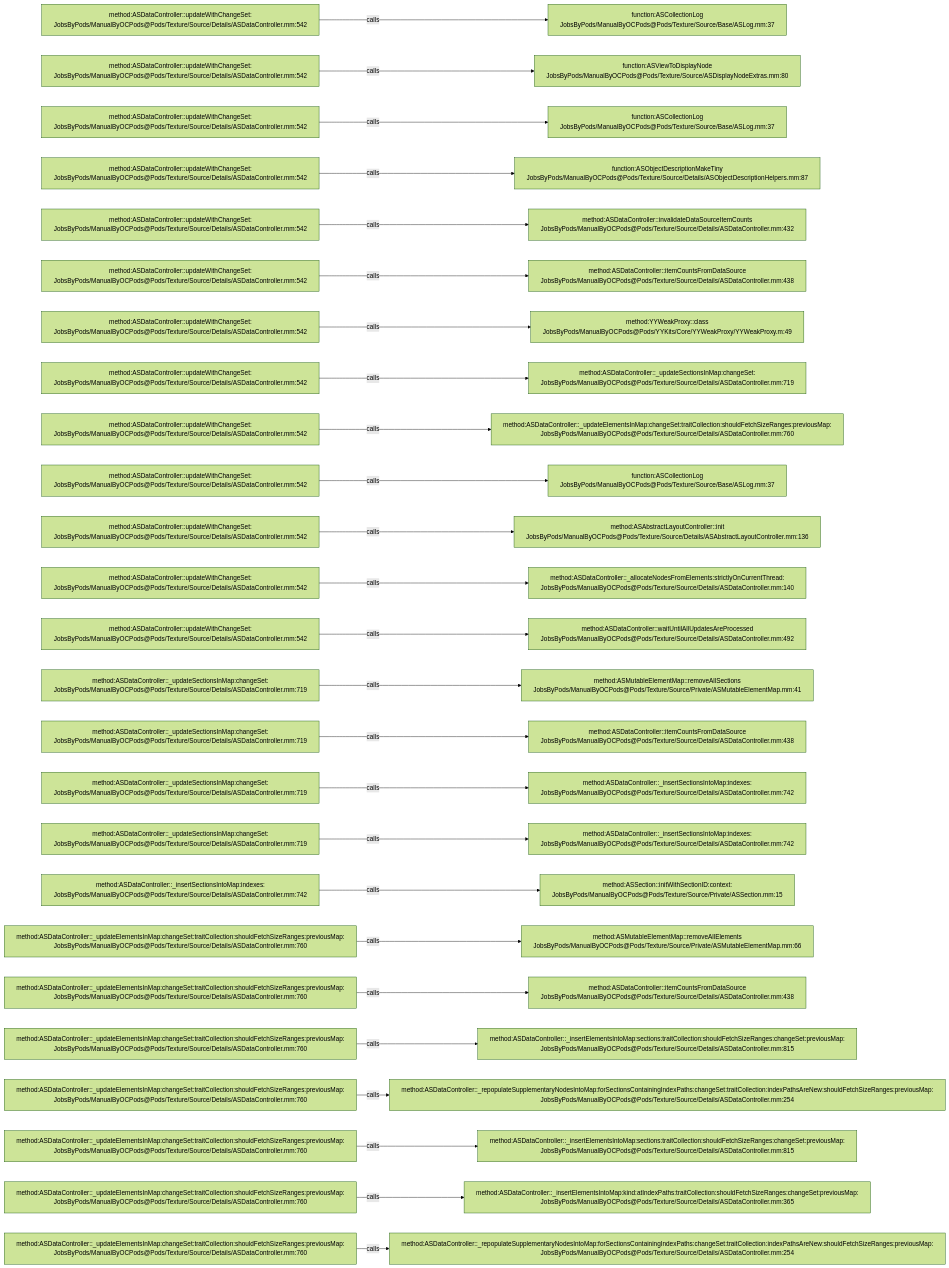
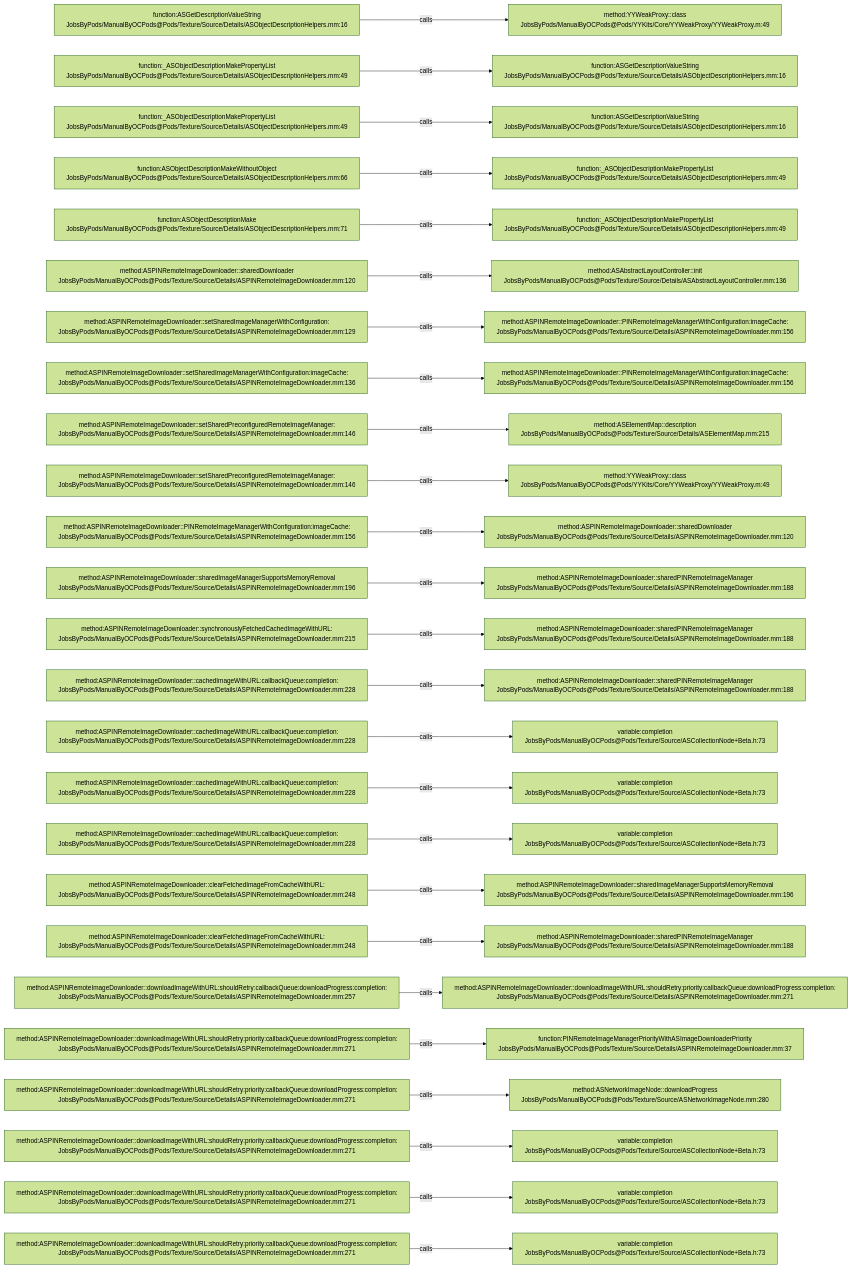
One commit to JobsKits/JobsOCBaseConfigDemo changed the diagram in .codegraph/codegraph.md/graphs/calls-153.md. Above: the diagram before and after it, drawn with Mermaid (forest theme). The commit also changed 1448 other files, not shown here.

````diff
--- a/.codegraph/codegraph.md/graphs/calls-153.md
+++ b/.codegraph/codegraph.md/graphs/calls-153.md
@@ -13,78 +13,78 @@
 ```mermaid
 flowchart LR
-  S1["method:ASDataController::updateWithChangeSet:<br/>JobsByPods/ManualByOCPods@Pods/Texture/Source/Details/ASDataController.mm:542"]
-  T1["function:ASCollectionLog<br/>JobsByPods/ManualByOCPods@Pods/Texture/Source/Base/ASLog.mm:37"]
+  S1["function:ASGetDescriptionValueString<br/>JobsByPods/ManualByOCPods@Pods/Texture/Source/Details/ASObjectDescriptionHelpers.mm:16"]
+  T1["method:YYWeakProxy::class<br/>JobsByPods/ManualByOCPods@Pods/YYKits/Core/YYWeakProxy/YYWeakProxy.m:49"]
   S1 -->|calls| T1
-  S2["method:ASDataController::updateWithChangeSet:<br/>JobsByPods/ManualByOCPods@Pods/Texture/Source/Details/ASDataController.mm:542"]
-  T2["function:ASViewToDisplayNode<br/>JobsByPods/ManualByOCPods@Pods/Texture/Source/ASDisplayNodeExtras.mm:80"]
+  S2["function:_ASObjectDescriptionMakePropertyList<br/>JobsByPods/ManualByOCPods@Pods/Texture/Source/Details/ASObjectDescriptionHelpers.mm:49"]
+  T2["function:ASGetDescriptionValueString<br/>JobsByPods/ManualByOCPods@Pods/Texture/Source/Details/ASObjectDescriptionHelpers.mm:16"]
   S2 -->|calls| T2
-  S3["method:ASDataController::updateWithChangeSet:<br/>JobsByPods/ManualByOCPods@Pods/Texture/Source/Details/ASDataController.mm:542"]
-  T3["function:ASCollectionLog<br/>JobsByPods/ManualByOCPods@Pods/Texture/Source/Base/ASLog.mm:37"]
+  S3["function:_ASObjectDescriptionMakePropertyList<br/>JobsByPods/ManualByOCPods@Pods/Texture/Source/Details/ASObjectDescriptionHelpers.mm:49"]
+  T3["function:ASGetDescriptionValueString<br/>JobsByPods/ManualByOCPods@Pods/Texture/Source/Details/ASObjectDescriptionHelpers.mm:16"]
   S3 -->|calls| T3
-  S4["method:ASDataController::updateWithChangeSet:<br/>JobsByPods/ManualByOCPods@Pods/Texture/Source/Details/ASDataController.mm:542"]
-  T4["function:ASObjectDescriptionMakeTiny<br/>JobsByPods/ManualByOCPods@Pods/Texture/Source/Details/ASObjectDescriptionHelpers.mm:87"]
+  S4["function:ASObjectDescriptionMakeWithoutObject<br/>JobsByPods/ManualByOCPods@Pods/Texture/Source/Details/ASObjectDescriptionHelpers.mm:66"]
+  T4["function:_ASObjectDescriptionMakePropertyList<br/>JobsByPods/ManualByOCPods@Pods/Texture/Source/Details/ASObjectDescriptionHelpers.mm:49"]
   S4 -->|calls| T4
-  S5["method:ASDataController::updateWithChangeSet:<br/>JobsByPods/ManualByOCPods@Pods/Texture/Source/Details/ASDataController.mm:542"]
-  T5["method:ASDataController::invalidateDataSourceItemCounts<br/>JobsByPods/ManualByOCPods@Pods/Texture/Source/Details/ASDataController.mm:432"]
+  S5["function:ASObjectDescriptionMake<br/>JobsByPods/ManualByOCPods@Pods/Texture/Source/Details/ASObjectDescriptionHelpers.mm:71"]
+  T5["function:_ASObjectDescriptionMakePropertyList<br/>JobsByPods/ManualByOCPods@Pods/Texture/Source/Details/ASObjectDescriptionHelpers.mm:49"]
   S5 -->|calls| T5
-  S6["method:ASDataController::updateWithChangeSet:<br/>JobsByPods/ManualByOCPods@Pods/Texture/Source/Details/ASDataController.mm:542"]
-  T6["method:ASDataController::itemCountsFromDataSource<br/>JobsByPods/ManualByOCPods@Pods/Texture/Source/Details/ASDataController.mm:438"]
+  S6["method:ASPINRemoteImageDownloader::sharedDownloader<br/>JobsByPods/ManualByOCPods@Pods/Texture/Source/Details/ASPINRemoteImageDownloader.mm:120"]
+  T6["method:ASAbstractLayoutController::init<br/>JobsByPods/ManualByOCPods@Pods/Texture/Source/Details/ASAbstractLayoutController.mm:136"]
   S6 -->|calls| T6
-  S7["method:ASDataController::updateWithChangeSet:<br/>JobsByPods/ManualByOCPods@Pods/Texture/Source/Details/ASDataController.mm:542"]
-  T7["method:YYWeakProxy::class<br/>JobsByPods/ManualByOCPods@Pods/YYKits/Core/YYWeakProxy/YYWeakProxy.m:49"]
+  S7["method:ASPINRemoteImageDownloader::setSharedImageManagerWithConfiguration:<br/>JobsByPods/ManualByOCPods@Pods/Texture/Source/Details/ASPINRemoteImageDownloader.mm:129"]
+  T7["method:ASPINRemoteImageDownloader::PINRemoteImageManagerWithConfiguration:imageCache:<br/>JobsByPods/ManualByOCPods@Pods/Texture/Source/Details/ASPINRemoteImageDownloader.mm:156"]
   S7 -->|calls| T7
-  S8["method:ASDataController::updateWithChangeSet:<br/>JobsByPods/ManualByOCPods@Pods/Texture/Source/Details/ASDataController.mm:542"]
-  T8["method:ASDataController::_updateSectionsInMap:changeSet:<br/>JobsByPods/ManualByOCPods@Pods/Texture/Source/Details/ASDataController.mm:719"]
+  S8["method:ASPINRemoteImageDownloader::setSharedImageManagerWithConfiguration:imageCache:<br/>JobsByPods/ManualByOCPods@Pods/Texture/Source/Details/ASPINRemoteImageDownloader.mm:136"]
+  T8["method:ASPINRemoteImageDownloader::PINRemoteImageManagerWithConfiguration:imageCache:<br/>JobsByPods/ManualByOCPods@Pods/Texture/Source/Details/ASPINRemoteImageDownloader.mm:156"]
   S8 -->|calls| T8
-  S9["method:ASDataController::updateWithChangeSet:<br/>JobsByPods/ManualByOCPods@Pods/Texture/Source/Details/ASDataController.mm:542"]
-  T9["method:ASDataController::_updateElementsInMap:changeSet:traitCollection:shouldFetchSizeRanges:previousMap:<br/>JobsByPods/ManualByOCPods@Pods/Texture/Source/Details/ASDataController.mm:760"]
+  S9["method:ASPINRemoteImageDownloader::setSharedPreconfiguredRemoteImageManager:<br/>JobsByPods/ManualByOCPods@Pods/Texture/Source/Details/ASPINRemoteImageDownloader.mm:146"]
+  T9["method:ASElementMap::description<br/>JobsByPods/ManualByOCPods@Pods/Texture/Source/Details/ASElementMap.mm:215"]
   S9 -->|calls| T9
-  S10["method:ASDataController::updateWithChangeSet:<br/>JobsByPods/ManualByOCPods@Pods/Texture/Source/Details/ASDataController.mm:542"]
-  T10["function:ASCollectionLog<br/>JobsByPods/ManualByOCPods@Pods/Texture/Source/Base/ASLog.mm:37"]
+  S10["method:ASPINRemoteImageDownloader::setSharedPreconfiguredRemoteImageManager:<br/>JobsByPods/ManualByOCPods@Pods/Texture/Source/Details/ASPINRemoteImageDownloader.mm:146"]
+  T10["method:YYWeakProxy::class<br/>JobsByPods/ManualByOCPods@Pods/YYKits/Core/YYWeakProxy/YYWeakProxy.m:49"]
   S10 -->|calls| T10
-  S11["method:ASDataController::updateWithChangeSet:<br/>JobsByPods/ManualByOCPods@Pods/Texture/Source/Details/ASDataController.mm:542"]
-  T11["method:ASAbstractLayoutController::init<br/>JobsByPods/ManualByOCPods@Pods/Texture/Source/Details/ASAbstractLayoutController.mm:136"]
+  S11["method:ASPINRemoteImageDownloader::PINRemoteImageManagerWithConfiguration:imageCache:<br/>JobsByPods/ManualByOCPods@Pods/Texture/Source/Details/ASPINRemoteImageDownloader.mm:156"]
+  T11["method:ASPINRemoteImageDownloader::sharedDownloader<br/>JobsByPods/ManualByOCPods@Pods/Texture/Source/Details/ASPINRemoteImageDownloader.mm:120"]
   S11 -->|calls| T11
-  S12["method:ASDataController::updateWithChangeSet:<br/>JobsByPods/ManualByOCPods@Pods/Texture/Source/Details/ASDataController.mm:542"]
-  T12["method:ASDataController::_allocateNodesFromElements:strictlyOnCurrentThread:<br/>JobsByPods/ManualByOCPods@Pods/Texture/Source/Details/ASDataController.mm:140"]
+  S12["method:ASPINRemoteImageDownloader::sharedImageManagerSupportsMemoryRemoval<br/>JobsByPods/ManualByOCPods@Pods/Texture/Source/Details/ASPINRemoteImageDownloader.mm:196"]
+  T12["method:ASPINRemoteImageDownloader::sharedPINRemoteImageManager<br/>JobsByPods/ManualByOCPods@Pods/Texture/Source/Details/ASPINRemoteImageDownloader.mm:188"]
   S12 -->|calls| T12
-  S13["method:ASDataController::updateWithChangeSet:<br/>JobsByPods/ManualByOCPods@Pods/Texture/Source/Details/ASDataController.mm:542"]
-  T13["method:ASDataController::waitUntilAllUpdatesAreProcessed<br/>JobsByPods/ManualByOCPods@Pods/Texture/Source/Details/ASDataController.mm:492"]
+  S13["method:ASPINRemoteImageDownloader::synchronouslyFetchedCachedImageWithURL:<br/>JobsByPods/ManualByOCPods@Pods/Texture/Source/Details/ASPINRemoteImageDownloader.mm:215"]
+  T13["method:ASPINRemoteImageDownloader::sharedPINRemoteImageManager<br/>JobsByPods/ManualByOCPods@Pods/Texture/Source/Details/ASPINRemoteImageDownloader.mm:188"]
   S13 -->|calls| T13
-  S14["method:ASDataController::_updateSectionsInMap:changeSet:<br/>JobsByPods/ManualByOCPods@Pods/Texture/Source/Details/ASDataController.mm:719"]
-  T14["method:ASMutableElementMap::removeAllSections<br/>JobsByPods/ManualByOCPods@Pods/Texture/Source/Private/ASMutableElementMap.mm:41"]
+  S14["method:ASPINRemoteImageDownloader::cachedImageWithURL:callbackQueue:completion:<br/>JobsByPods/ManualByOCPods@Pods/Texture/Source/Details/ASPINRemoteImageDownloader.mm:228"]
+  T14["method:ASPINRemoteImageDownloader::sharedPINRemoteImageManager<br/>JobsByPods/ManualByOCPods@Pods/Texture/Source/Details/ASPINRemoteImageDownloader.mm:188"]
   S14 -->|calls| T14
-  S15["method:ASDataController::_updateSectionsInMap:changeSet:<br/>JobsByPods/ManualByOCPods@Pods/Texture/Source/Details/ASDataController.mm:719"]
-  T15["method:ASDataController::itemCountsFromDataSource<br/>JobsByPods/ManualByOCPods@Pods/Texture/Source/Details/ASDataController.mm:438"]
+  S15["method:ASPINRemoteImageDownloader::cachedImageWithURL:callbackQueue:completion:<br/>JobsByPods/ManualByOCPods@Pods/Texture/Source/Details/ASPINRemoteImageDownloader.mm:228"]
+  T15["variable:completion<br/>JobsByPods/ManualByOCPods@Pods/Texture/Source/ASCollectionNode+Beta.h:73"]
   S15 -->|calls| T15
-  S16["method:ASDataController::_updateSectionsInMap:changeSet:<br/>JobsByPods/ManualByOCPods@Pods/Texture/Source/Details/ASDataController.mm:719"]
-  T16["method:ASDataController::_insertSectionsIntoMap:indexes:<br/>JobsByPods/ManualByOCPods@Pods/Texture/Source/Details/ASDataController.mm:742"]
+  S16["method:ASPINRemoteImageDownloader::cachedImageWithURL:callbackQueue:completion:<br/>JobsByPods/ManualByOCPods@Pods/Texture/Source/Details/ASPINRemoteImageDownloader.mm:228"]
+  T16["variable:completion<br/>JobsByPods/ManualByOCPods@Pods/Texture/Source/ASCollectionNode+Beta.h:73"]
   S16 -->|calls| T16
-  S17["method:ASDataController::_updateSectionsInMap:changeSet:<br/>JobsByPods/ManualByOCPods@Pods/Texture/Source/Details/ASDataController.mm:719"]
-  T17["method:ASDataController::_insertSectionsIntoMap:indexes:<br/>JobsByPods/ManualByOCPods@Pods/Texture/Source/Details/ASDataController.mm:742"]
+  S17["method:ASPINRemoteImageDownloader::cachedImageWithURL:callbackQueue:completion:<br/>JobsByPods/ManualByOCPods@Pods/Texture/Source/Details/ASPINRemoteImageDownloader.mm:228"]
+  T17["variable:completion<br/>JobsByPods/ManualByOCPods@Pods/Texture/Source/ASCollectionNode+Beta.h:73"]
   S17 -->|calls| T17
-  S18["method:ASDataController::_insertSectionsIntoMap:indexes:<br/>JobsByPods/ManualByOCPods@Pods/Texture/Source/Details/ASDataController.mm:742"]
-  T18["method:ASSection::initWithSectionID:context:<br/>JobsByPods/ManualByOCPods@Pods/Texture/Source/Private/ASSection.mm:15"]
+  S18["method:ASPINRemoteImageDownloader::clearFetchedImageFromCacheWithURL:<br/>JobsByPods/ManualByOCPods@Pods/Texture/Source/Details/ASPINRemoteImageDownloader.mm:248"]
+  T18["method:ASPINRemoteImageDownloader::sharedImageManagerSupportsMemoryRemoval<br/>JobsByPods/ManualByOCPods@Pods/Texture/Source/Details/ASPINRemoteImageDownloader.mm:196"]
   S18 -->|calls| T18
-  S19["method:ASDataController::_updateElementsInMap:changeSet:traitCollection:shouldFetchSizeRanges:previousMap:<br/>JobsByPods/ManualByOCPods@Pods/Texture/Source/Details/ASDataController.mm:760"]
-  T19["method:ASMutableElementMap::removeAllElements<br/>JobsByPods/ManualByOCPods@Pods/Texture/Source/Private/ASMutableElementMap.mm:66"]
+  S19["method:ASPINRemoteImageDownloader::clearFetchedImageFromCacheWithURL:<br/>JobsByPods/ManualByOCPods@Pods/Texture/Source/Details/ASPINRemoteImageDownloader.mm:248"]
+  T19["method:ASPINRemoteImageDownloader::sharedPINRemoteImageManager<br/>JobsByPods/ManualByOCPods@Pods/Texture/Source/Details/ASPINRemoteImageDownloader.mm:188"]
   S19 -->|calls| T19
-  S20["method:ASDataController::_updateElementsInMap:changeSet:traitCollection:shouldFetchSizeRanges:previousMap:<br/>JobsByPods/ManualByOCPods@Pods/Texture/Source/Details/ASDataController.mm:760"]
-  T20["method:ASDataController::itemCountsFromDataSource<br/>JobsByPods/ManualByOCPods@Pods/Texture/Source/Details/ASDataController.mm:438"]
+  S20["method:ASPINRemoteImageDownloader::downloadImageWithURL:shouldRetry:callbackQueue:downloadProgress:completion:<br/>JobsByPods/ManualByOCPods@Pods/Texture/Source/Details/ASPINRemoteImageDownloader.mm:257"]
+  T20["method:ASPINRemoteImageDownloader::downloadImageWithURL:shouldRetry:priority:callbackQueue:downloadProgress:completion:<br/>JobsByPods/ManualByOCPods@Pods/Texture/Source/Details/ASPINRemoteImageDownloader.mm:271"]
   S20 -->|calls| T20
-  S21["method:ASDataController::_updateElementsInMap:changeSet:traitCollection:shouldFetchSizeRanges:previousMap:<br/>JobsByPods/ManualByOCPods@Pods/Texture/Source/Details/ASDataController.mm:760"]
-  T21["method:ASDataController::_insertElementsIntoMap:sections:traitCollection:shouldFetchSizeRanges:changeSet:previousMap:<br/>JobsByPods/ManualByOCPods@Pods/Texture/Source/Details/ASDataController.mm:815"]
+  S21["method:ASPINRemoteImageDownloader::downloadImageWithURL:shouldRetry:priority:callbackQueue:downloadProgress:completion:<br/>JobsByPods/ManualByOCPods@Pods/Texture/Source/Details/ASPINRemoteImageDownloader.mm:271"]
+  T21["function:PINRemoteImageManagerPriorityWithASImageDownloaderPriority<br/>JobsByPods/ManualByOCPods@Pods/Texture/Source/Details/ASPINRemoteImageDownloader.mm:37"]
   S21 -->|calls| T21
-  S22["method:ASDataController::_updateElementsInMap:changeSet:traitCollection:shouldFetchSizeRanges:previousMap:<br/>JobsByPods/ManualByOCPods@Pods/Texture/Source/Details/ASDataController.mm:760"]
-  T22["method:ASDataController::_repopulateSupplementaryNodesIntoMap:forSectionsContainingIndexPaths:changeSet:traitCollection:indexPathsAreNew:shouldFetchSizeRanges:previousMap:<br/>JobsByPods/ManualByOCPods@Pods/Texture/Source/Details/ASDataController.mm:254"]
+  S22["method:ASPINRemoteImageDownloader::downloadImageWithURL:shouldRetry:priority:callbackQueue:downloadProgress:completion:<br/>JobsByPods/ManualByOCPods@Pods/Texture/Source/Details/ASPINRemoteImageDownloader.mm:271"]
+  T22["method:ASNetworkImageNode::downloadProgress<br/>JobsByPods/ManualByOCPods@Pods/Texture/Source/ASNetworkImageNode.mm:280"]
   S22 -->|calls| T22
-  S23["method:ASDataController::_updateElementsInMap:changeSet:traitCollection:shouldFetchSizeRanges:previousMap:<br/>JobsByPods/ManualByOCPods@Pods/Texture/Source/Details/ASDataController.mm:760"]
-  T23["method:ASDataController::_insertElementsIntoMap:sections:traitCollection:shouldFetchSizeRanges:changeSet:previousMap:<br/>JobsByPods/ManualByOCPods@Pods/Texture/Source/Details/ASDataController.mm:815"]
+  S23["method:ASPINRemoteImageDownloader::downloadImageWithURL:shouldRetry:priority:callbackQueue:downloadProgress:completion:<br/>JobsByPods/ManualByOCPods@Pods/Texture/Source/Details/ASPINRemoteImageDownloader.mm:271"]
+  T23["variable:completion<br/>JobsByPods/ManualByOCPods@Pods/Texture/Source/ASCollectionNode+Beta.h:73"]
   S23 -->|calls| T23
-  S24["method:ASDataController::_updateElementsInMap:changeSet:traitCollection:shouldFetchSizeRanges:previousMap:<br/>JobsByPods/ManualByOCPods@Pods/Texture/Source/Details/ASDataController.mm:760"]
-  T24["method:ASDataController::_insertElementsIntoMap:kind:atIndexPaths:traitCollection:shouldFetchSizeRanges:changeSet:previousMap:<br/>JobsByPods/ManualByOCPods@Pods/Texture/Source/Details/ASDataController.mm:365"]
+  S24["method:ASPINRemoteImageDownloader::downloadImageWithURL:shouldRetry:priority:callbackQueue:downloadProgress:completion:<br/>JobsByPods/ManualByOCPods@Pods/Texture/Source/Details/ASPINRemoteImageDownloader.mm:271"]
+  T24["variable:completion<br/>JobsByPods/ManualByOCPods@Pods/Texture/Source/ASCollectionNode+Beta.h:73"]
   S24 -->|calls| T24
-  S25["method:ASDataController::_updateElementsInMap:changeSet:traitCollection:shouldFetchSizeRanges:previousMap:<br/>JobsByPods/ManualByOCPods@Pods/Texture/Source/Details/ASDataController.mm:760"]
-  T25["method:ASDataController::_repopulateSupplementaryNodesIntoMap:forSectionsContainingIndexPaths:changeSet:traitCollection:indexPathsAreNew:shouldFetchSizeRanges:previousMap:<br/>JobsByPods/ManualByOCPods@Pods/Texture/Source/Details/ASDataController.mm:254"]
+  S25["method:ASPINRemoteImageDownloader::downloadImageWithURL:shouldRetry:priority:callbackQueue:downloadProgress:completion:<br/>JobsByPods/ManualByOCPods@Pods/Texture/Source/Details/ASPINRemoteImageDownloader.mm:271"]
+  T25["variable:completion<br/>JobsByPods/ManualByOCPods@Pods/Texture/Source/ASCollectionNode+Beta.h:73"]
   S25 -->|calls| T25
 ```
````
